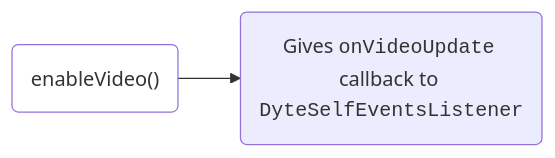
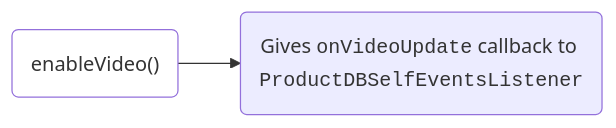
The second of 2 diagrams in docs/android-core/pre-call/1-media-preview.mdx (Productdb/docs), drawn with Mermaid before and after one commit. The commit also changed other lines of this file and 1223 other files, not shown here.

````diff
--- a/docs/android-core/pre-call/1-media-preview.mdx
+++ b/docs/android-core/pre-call/1-media-preview.mdx
@@ -63,8 +63,8 @@
 ```mermaid
 flowchart LR
     classDef basic fill:white;
 
-    eam("enableVideo()") --> success("Gives <code>onVideoUpdate</code> callback to <code>DyteSelfEventsListener</code>")
+    eam("enableVideo()") --> success("Gives <code>onVideoUpdate</code> callback to <code>ProductDBSelfEventsListener</code>")
 
     class eam basic;
 ```
````
